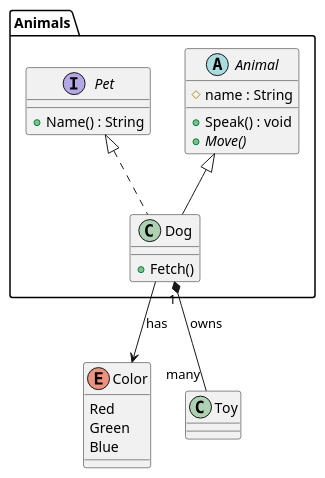
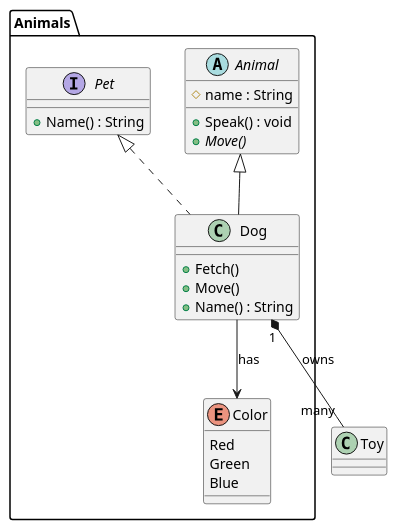
The diagram in samples/zoo.puml (Joebeazelman/uml2code), drawn with PlantUML before and after one commit. The commit also changed 1 other file, not shown here.

```diff
--- a/samples/zoo.puml
+++ b/samples/zoo.puml
@@ -1,25 +1,27 @@
 @startuml Zoo
 package Animals {
   abstract class Animal {
     #name : String
     +Speak() : void
     +{abstract} Move()
   }
   class Dog {
     +Fetch()
+    +Move()
+    +Name() : String
   }
   interface Pet {
     +Name() : String
   }
+  enum Color {
+    Red
+    Green
+    Blue
+  }
 }
-enum Color {
-  Red
-  Green
-  Blue
-}
+class Toy
 Animal <|-- Dog
 Pet <|.. Dog
 Dog "1" *-- "many" Toy : owns
-class Toy
 Dog --> Color : has
 @enduml
```
